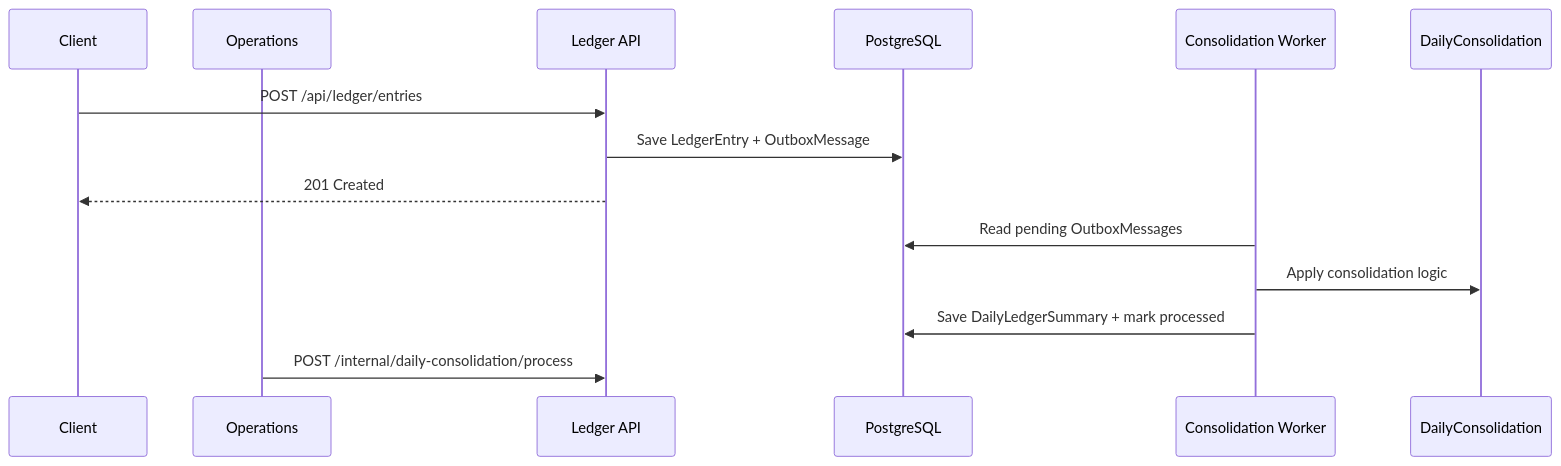
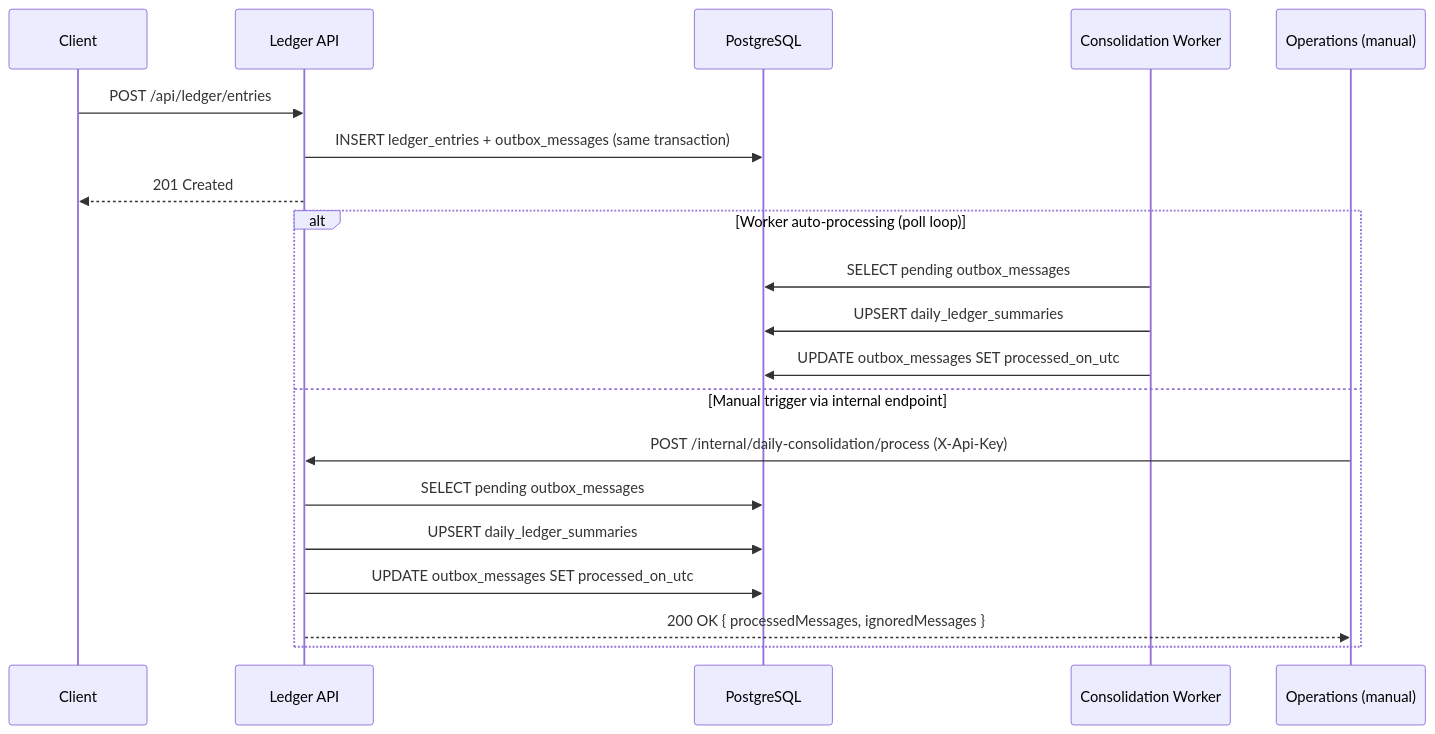
One commit to ggbarcelos/LedgerPulse changed the diagram in docs/diagrams/consolidation-flow.md. Above: the diagram before and after it, drawn with Mermaid. The commit also changed 3 other files, not shown here.

Commit message:
Enhance consolidation flow documentation with detailed processing logic and examples for internal API

`````diff
--- a/docs/diagrams/consolidation-flow.md
+++ b/docs/diagrams/consolidation-flow.md
@@ -3,17 +3,24 @@
 ```mermaid
 sequenceDiagram
     participant Client
-    participant Ops as Operations
     participant API as Ledger API
     participant DB as PostgreSQL
     participant Worker as Consolidation Worker
-    participant Daily as DailyConsolidation
+    participant Ops as Operations (manual)
 
     Client->>API: POST /api/ledger/entries
-    API->>DB: Save LedgerEntry + OutboxMessage
+    API->>DB: INSERT ledger_entries + outbox_messages (same transaction)
     API-->>Client: 201 Created
-    Worker->>DB: Read pending OutboxMessages
-    Worker->>Daily: Apply consolidation logic
-    Worker->>DB: Save DailyLedgerSummary + mark processed
-    Ops->>API: POST /internal/daily-consolidation/process
-```
+
+    alt Worker auto-processing (poll loop)
+        Worker->>DB: SELECT pending outbox_messages
+        Worker->>DB: UPSERT daily_ledger_summaries
+        Worker->>DB: UPDATE outbox_messages SET processed_on_utc
+    else Manual trigger via internal endpoint
+        Ops->>API: POST /internal/daily-consolidation/process (X-Api-Key)
+        API->>DB: SELECT pending outbox_messages
+        API->>DB: UPSERT daily_ledger_summaries
+        API->>DB: UPDATE outbox_messages SET processed_on_utc
+        API-->>Ops: 200 OK { processedMessages, ignoredMessages }
+    end
+````
`````
